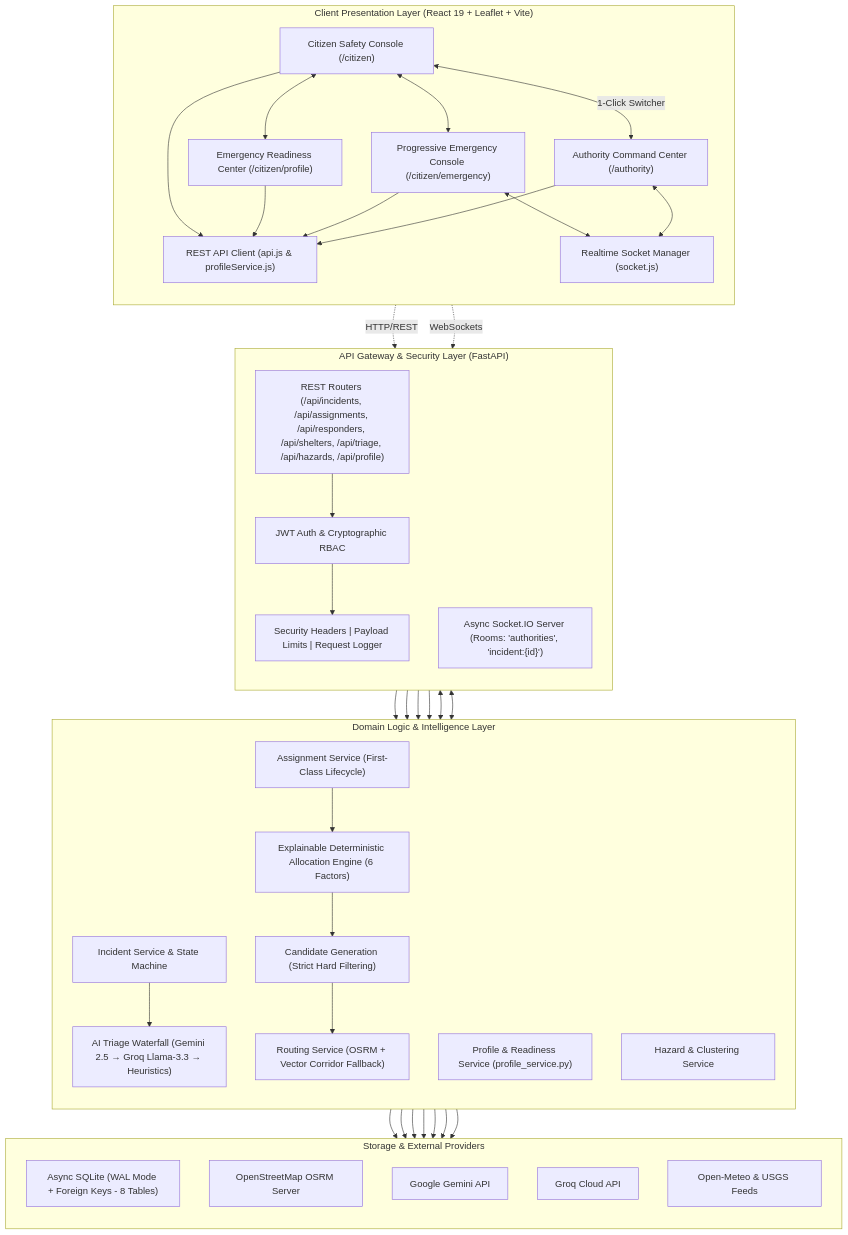
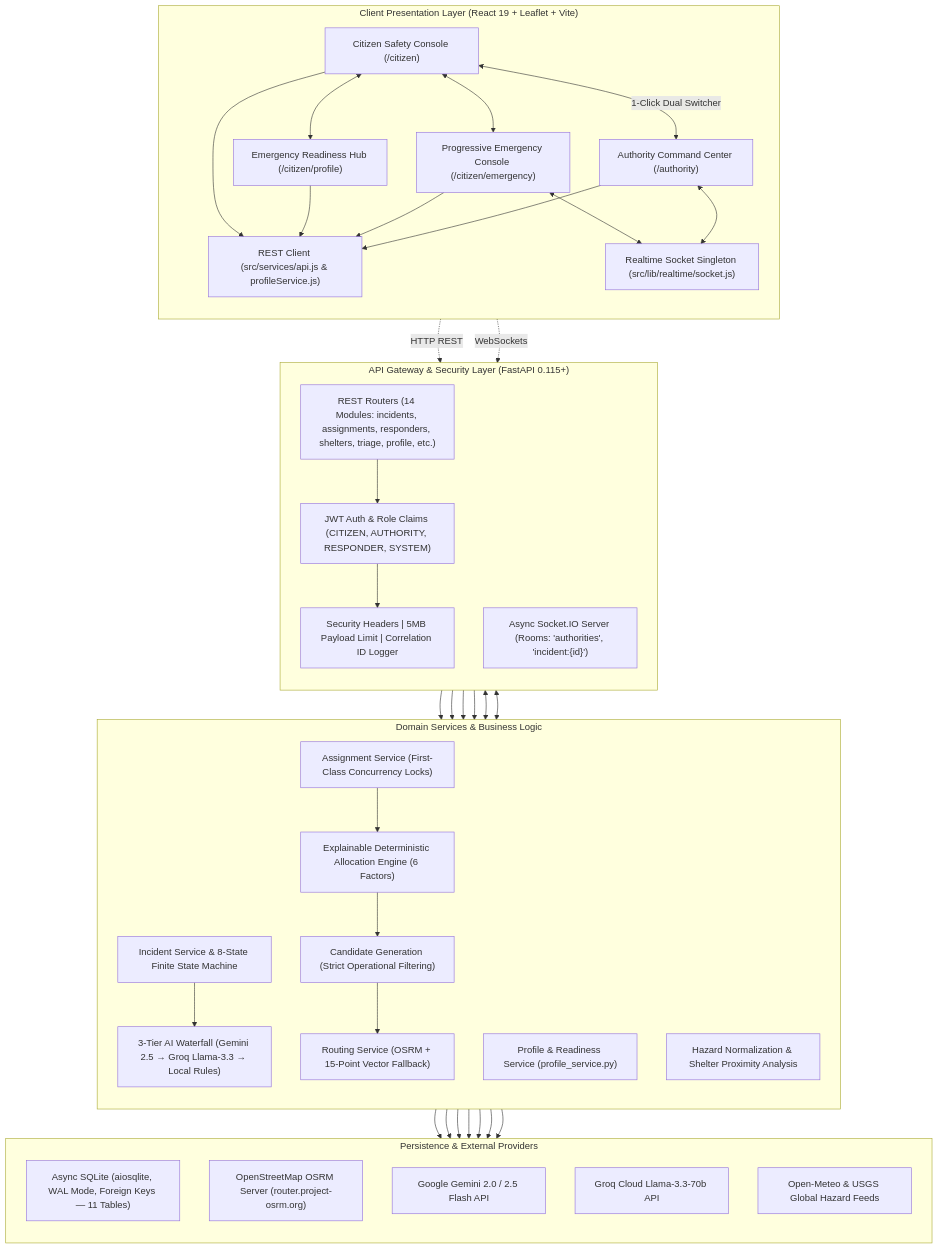
One commit to pritesh-4/SIH-2026---SALVUS changed the third of 3 diagrams in README.md. Above: the diagram before and after it, drawn with Mermaid. The commit also changed other lines of this file, not shown here.

````diff
--- a/README.md
+++ b/README.md
@@ -104,66 +468,66 @@
 ```mermaid
 flowchart TB
-    subgraph Client_Layer ["Client Presentation Layer (React 19 + Leaflet + Vite)"]
+    subgraph Client_Presentation_Layer ["Client Presentation Layer (React 19 + Leaflet + Vite)"]
         direction TB
         CitizenPortal["Citizen Safety Console (/citizen)"]
-        CitizenProfile["Emergency Readiness Center (/citizen/profile)"]
+        CitizenProfile["Emergency Readiness Hub (/citizen/profile)"]
         CitizenEmergency["Progressive Emergency Console (/citizen/emergency)"]
         AuthorityCenter["Authority Command Center (/authority)"]
-        RealtimeSocket["Realtime Socket Manager (socket.js)"]
-        APIService["REST API Client (api.js & profileService.js)"]
+        RealtimeSocket["Realtime Socket Singleton (src/lib/realtime/socket.js)"]
+        APIService["REST Client (src/services/api.js & profileService.js)"]
 
         CitizenPortal <--> CitizenProfile
         CitizenPortal <--> CitizenEmergency
-        CitizenPortal <-->|"1-Click Switcher"| AuthorityCenter
+        CitizenPortal <-->|"1-Click Dual Switcher"| AuthorityCenter
         CitizenPortal --> APIService
         CitizenProfile --> APIService
         CitizenEmergency --> APIService
         CitizenEmergency <--> RealtimeSocket
         AuthorityCenter --> APIService
         AuthorityCenter <--> RealtimeSocket
     end
 
-    subgraph API_Gateway ["API Gateway & Security Layer (FastAPI)"]
+    subgraph API_Gateway_Security ["API Gateway & Security Layer (FastAPI 0.115+)"]
         direction TB
-        AuthRBAC["JWT Auth & Cryptographic RBAC"]
-        Middleware["Security Headers | Payload Limits | Request Logger"]
-        Router["REST Routers (/api/incidents, /api/assignments, /api/responders, /api/shelters, /api/triage, /api/hazards, /api/profile)"]
+        AuthRBAC["JWT Auth & Role Claims (CITIZEN, AUTHORITY, RESPONDER, SYSTEM)"]
+        Middleware["Security Headers | 5MB Payload Limit | Correlation ID Logger"]
+        Router["REST Routers (14 Modules: incidents, assignments, responders, shelters, triage, profile, etc.)"]
         SocketEngine["Async Socket.IO Server (Rooms: 'authorities', 'incident:{id}')"]
     end
 
-    subgraph Domain_Services ["Domain Logic & Intelligence Layer"]
+    subgraph Domain_Services_Layer ["Domain Services & Business Logic"]
         direction TB
-        IncidentSvc["Incident Service & State Machine"]
-        AssignmentSvc["Assignment Service (First-Class Lifecycle)"]
+        IncidentSvc["Incident Service & 8-State Finite State Machine"]
+        AssignmentSvc["Assignment Service (First-Class Concurrency Locks)"]
         ProfileSvc["Profile & Readiness Service (profile_service.py)"]
         AllocationEngine["Explainable Deterministic Allocation Engine (6 Factors)"]
-        CandidateGen["Candidate Generation (Strict Hard Filtering)"]
-        RoutingSvc["Routing Service (OSRM + Vector Corridor Fallback)"]
-        HazardSvc["Hazard & Clustering Service"]
-        AIService["AI Triage Waterfall (Gemini 2.5 → Groq Llama-3.3 → Heuristics)"]
+        CandidateGen["Candidate Generation (Strict Operational Filtering)"]
+        RoutingSvc["Routing Service (OSRM + 15-Point Vector Fallback)"]
+        HazardSvc["Hazard Normalization & Shelter Proximity Analysis"]
+        AIService["3-Tier AI Waterfall (Gemini 2.5 → Groq Llama-3.3 → Local Rules)"]
     end
 
-    subgraph Storage_Layer ["Storage & External Providers"]
+    subgraph Persistence_External_Layer ["Persistence & External Providers"]
         direction TB
-        SQLite["Async SQLite (WAL Mode + Foreign Keys - 8 Tables)"]
-        OSRM["OpenStreetMap OSRM Server"]
-        GeminiAPI["Google Gemini API"]
-        GroqAPI["Groq Cloud API"]
-        MeteoAPI["Open-Meteo & USGS Feeds"]
+        SQLite["Async SQLite (aiosqlite, WAL Mode, Foreign Keys — 11 Tables)"]
+        OSRM["OpenStreetMap OSRM Server (router.project-osrm.org)"]
+        GeminiAPI["Google Gemini 2.0 / 2.5 Flash API"]
+        GroqAPI["Groq Cloud Llama-3.3-70b API"]
+        MeteoAPI["Open-Meteo & USGS Global Hazard Feeds"]
     end
 
-    APIService -.->|HTTP/REST| Router
+    APIService -.->|HTTP REST| Router
     RealtimeSocket -.->|WebSockets| SocketEngine
 
     Router --> AuthRBAC --> Middleware --> IncidentSvc & AssignmentSvc & ProfileSvc & HazardSvc
     SocketEngine <--> IncidentSvc & AssignmentSvc
 
     IncidentSvc --> AIService
     AssignmentSvc --> AllocationEngine --> CandidateGen --> RoutingSvc
     IncidentSvc --> SQLite
     AssignmentSvc --> SQLite
     ProfileSvc --> SQLite
     AIService --> GeminiAPI & GroqAPI
     RoutingSvc --> OSRM
     HazardSvc --> MeteoAPI
 ```
````
